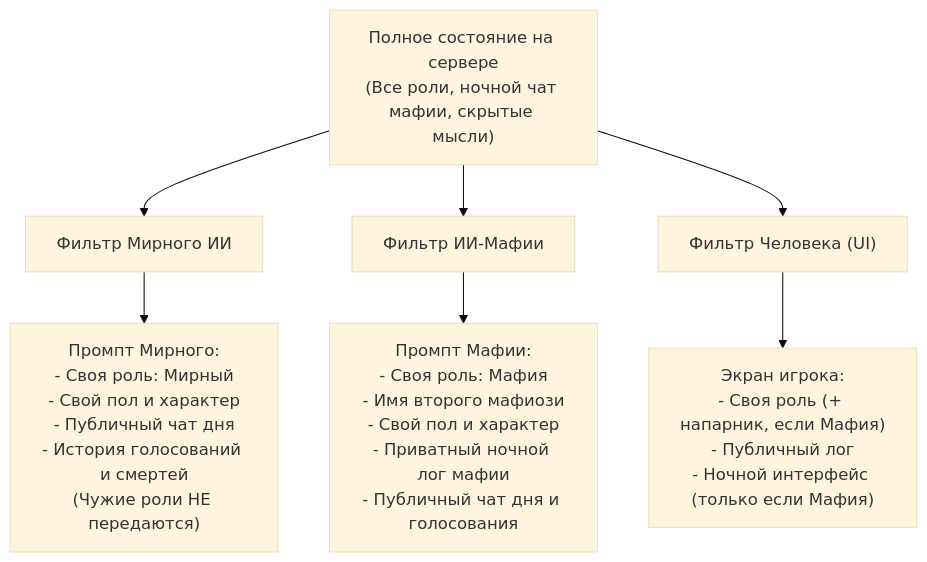
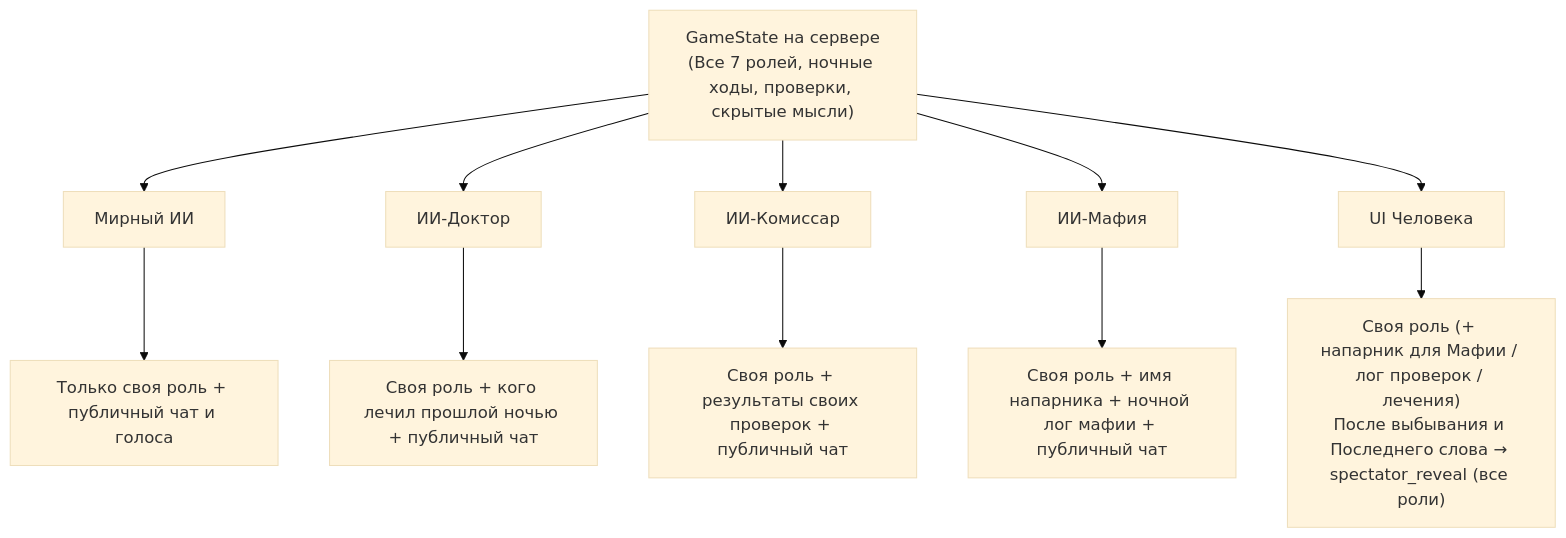
Before and after one commit to RuslanShams/mafiaAI: the third of 3 diagrams in PLAN.md, drawn with Mermaid (base theme). The commit also changed other lines of this file and 11 other files, not shown here.

````diff
--- a/PLAN.md
+++ b/PLAN.md
@@ -118,14 +116,16 @@
 ```mermaid
 flowchart TD
-    FullState["Полное состояние на сервере\n(Все роли, ночной чат мафии, скрытые мысли)"]
+    FullState["GameState на сервере\n(Все 7 ролей, ночные ходы, проверки, скрытые мысли)"]
 
-    FullState --> FilterCitizen["Фильтр Мирного ИИ"]
-    FullState --> FilterMafia["Фильтр ИИ-Мафии"]
-    FullState --> FilterHuman["Фильтр Человека (UI)"]
+    FullState --> Citizen["Мирный ИИ"]
+    FullState --> Doctor["ИИ-Доктор"]
+    FullState --> Commissar["ИИ-Комиссар"]
+    FullState --> Mafia["ИИ-Мафия"]
+    FullState --> Human["UI Человека"]
 
-    FilterCitizen --> PromptC["Промпт Мирного:\n- Своя роль: Мирный\n- Свой пол и характер\n- Публичный чат дня\n- История голосований и смертей\n(Чужие роли НЕ передаются)"]
-
-    FilterMafia --> PromptM["Промпт Мафии:\n- Своя роль: Мафия\n- Имя второго мафиози\n- Свой пол и характер\n- Приватный ночной лог мафии\n- Публичный чат дня и голосования"]
-
-    FilterHuman --> ViewH["Экран игрока:\n- Своя роль (+ напарник, если Мафия)\n- Публичный лог\n- Ночной интерфейс (только если Мафия)"]
+    Citizen --> P1["Только своя роль + публичный чат и голоса"]
+    Doctor --> P2["Своя роль + кого лечил прошлой ночью + публичный чат"]
+    Commissar --> P3["Своя роль + результаты своих проверок + публичный чат"]
+    Mafia --> P4["Своя роль + имя напарника + ночной лог мафии + публичный чат"]
+    Human --> P5["Своя роль (+ напарник для Мафии / лог проверок / лечения)\nПосле выбывания и Последнего слова → spectator_reveal (все роли)"]
 ```
````
